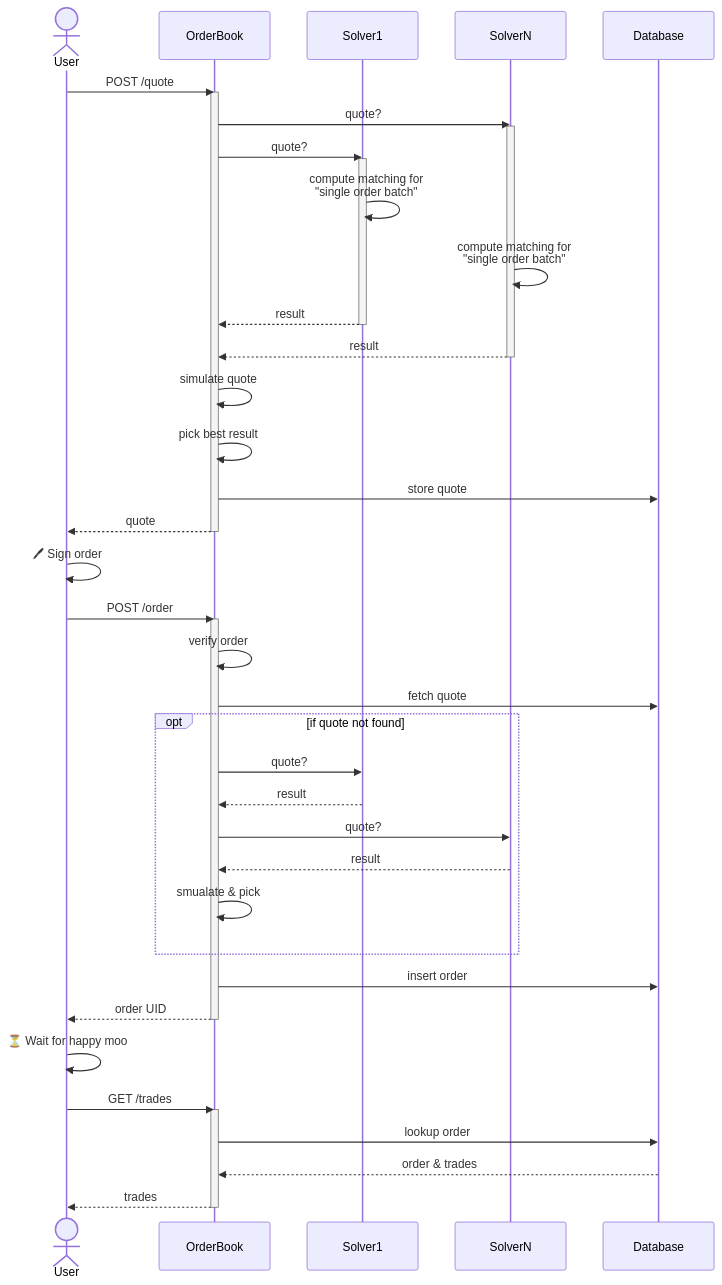
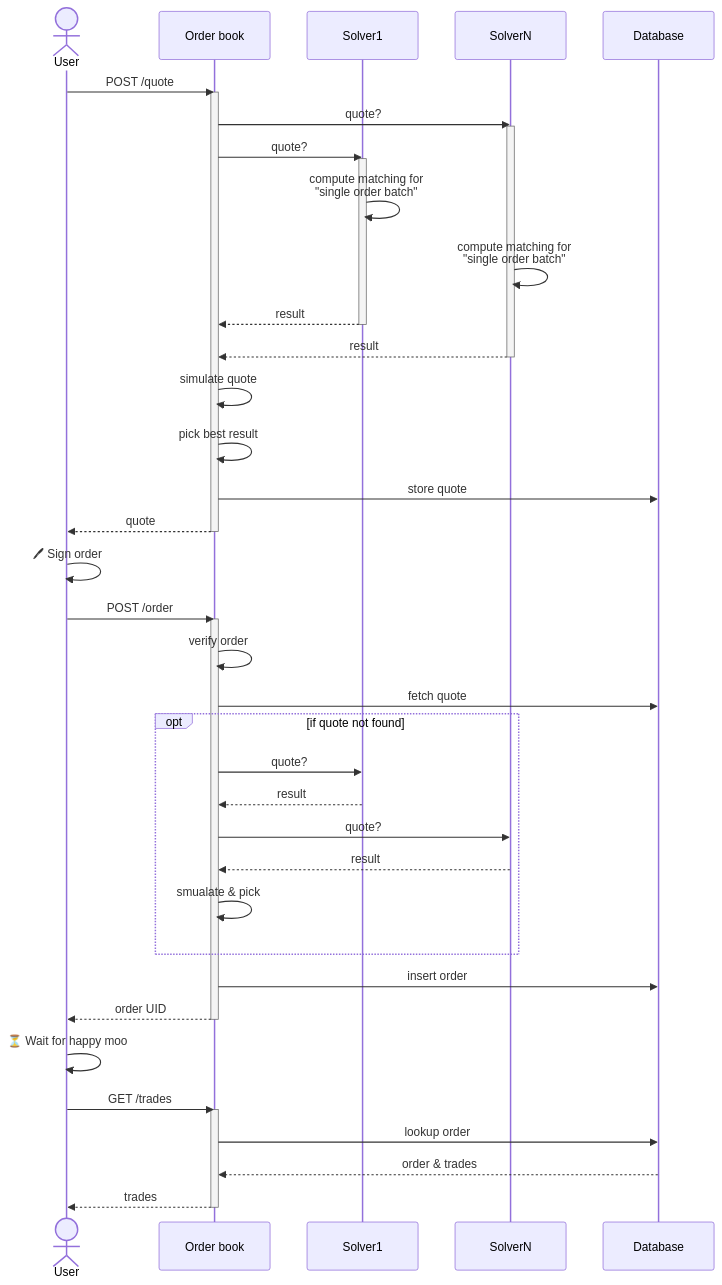
Before and after one commit to cowprotocol/docs: the diagram in docs/cow-protocol/tutorials/arbitrate/orderbook.md, drawn with Mermaid. The commit also changed other lines of this file and 5 other files, not shown here.

Commit message:
chore: order book not orderbook

````diff
--- a/docs/cow-protocol/tutorials/arbitrate/orderbook.md
+++ b/docs/cow-protocol/tutorials/arbitrate/orderbook.md
@@ -20,45 +20,45 @@
 ```mermaid
 sequenceDiagram
     actor User
-    participant OrderBook
+    participant Order book
     participant Solver1
-    User->>OrderBook: POST /quote
-    activate OrderBook
-    OrderBook->>SolverN: quote?
+    User->>Order book: POST /quote
+    activate Order book
+    Order book->>SolverN: quote?
     activate SolverN
-    OrderBook->>Solver1: quote?
+    Order book->>Solver1: quote?
     activate Solver1
     Solver1->>Solver1: compute matching for<br> "single order batch"
     SolverN->>SolverN: compute matching for<br> "single order batch"
-    Solver1-->>OrderBook: result
+    Solver1-->>Order book: result
     deactivate Solver1
-    SolverN-->>OrderBook: result
+    SolverN-->>Order book: result
     deactivate SolverN
-    OrderBook->>OrderBook: simulate quote
-    OrderBook->>OrderBook: pick best result
-    OrderBook->>Database: store quote
-    OrderBook-->>User: quote
-    deactivate OrderBook
+    Order book->>Order book: simulate quote
+    Order book->>Order book: pick best result
+    Order book->>Database: store quote
+    Order book-->>User: quote
+    deactivate Order book
     User->>User: 🖊 Sign order
-    User->>OrderBook: POST /order
-    activate OrderBook
-    OrderBook->>OrderBook: verify order
-    OrderBook->>Database: fetch quote
+    User->>Order book: POST /order
+    activate Order book
+    Order book->>Order book: verify order
+    Order book->>Database: fetch quote
     opt if quote not found
-      OrderBook->>Solver1: quote?
-      Solver1-->>OrderBook: result
-      OrderBook->>SolverN: quote?
-      SolverN-->>OrderBook: result
-      OrderBook->>OrderBook: smualate & pick
+      Order book->>Solver1: quote?
+      Solver1-->>Order book: result
+      Order book->>SolverN: quote?
+      SolverN-->>Order book: result
+      Order book->>Order book: smualate & pick
     end
-    OrderBook->>Database: insert order
-    OrderBook-->>User: order UID
-    deactivate OrderBook
+    Order book->>Database: insert order
+    Order book-->>User: order UID
+    deactivate Order book
     User->>User: ⏳ Wait for happy moo
-    User->>OrderBook: GET /trades
-    activate OrderBook
-    OrderBook->>Database: lookup order
-    Database-->>OrderBook: order & trades
-    OrderBook-->>User: trades
-    deactivate OrderBook
+    User->>Order book: GET /trades
+    activate Order book
+    Order book->>Database: lookup order
+    Database-->>Order book: order & trades
+    Order book-->>User: trades
+    deactivate Order book
 ```
````
